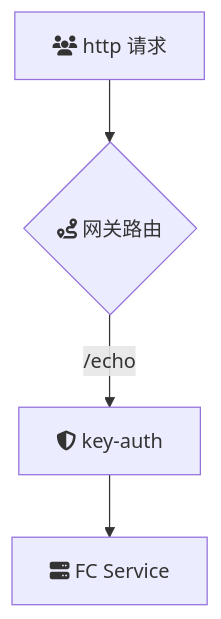
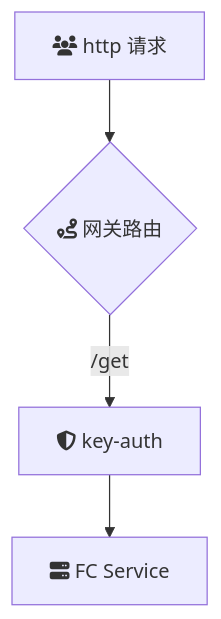
One commit to msa-group/start-apig changed the diagram in key-auth-plugin/README.md. Above: the diagram before and after it, drawn with Mermaid. The commit also changed 1 other file, not shown here.

Commit message:
feat: 🎸 update key-auth readme

````diff
--- a/key-auth-plugin/README.md
+++ b/key-auth-plugin/README.md
@@ -67,6 +67,6 @@
 ```mermaid
 flowchart TB
 A[fa:fa-users http 请求] --> B{fa:fa-route 网关路由}
-	B -->|/echo| P1[fa:fa-shield-alt key-auth]
+	B -->|/get| P1[fa:fa-shield-alt key-auth]
 	P1 --> Backend[fa:fa-server FC Service]
 ```
````
